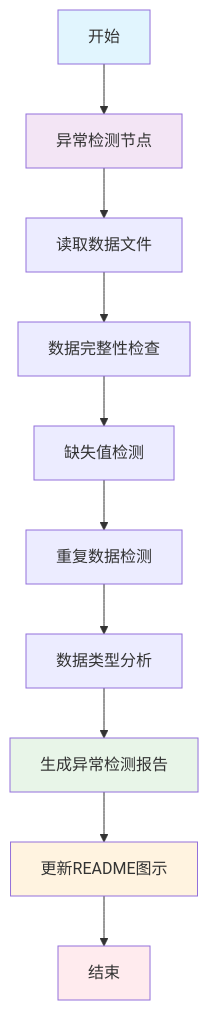
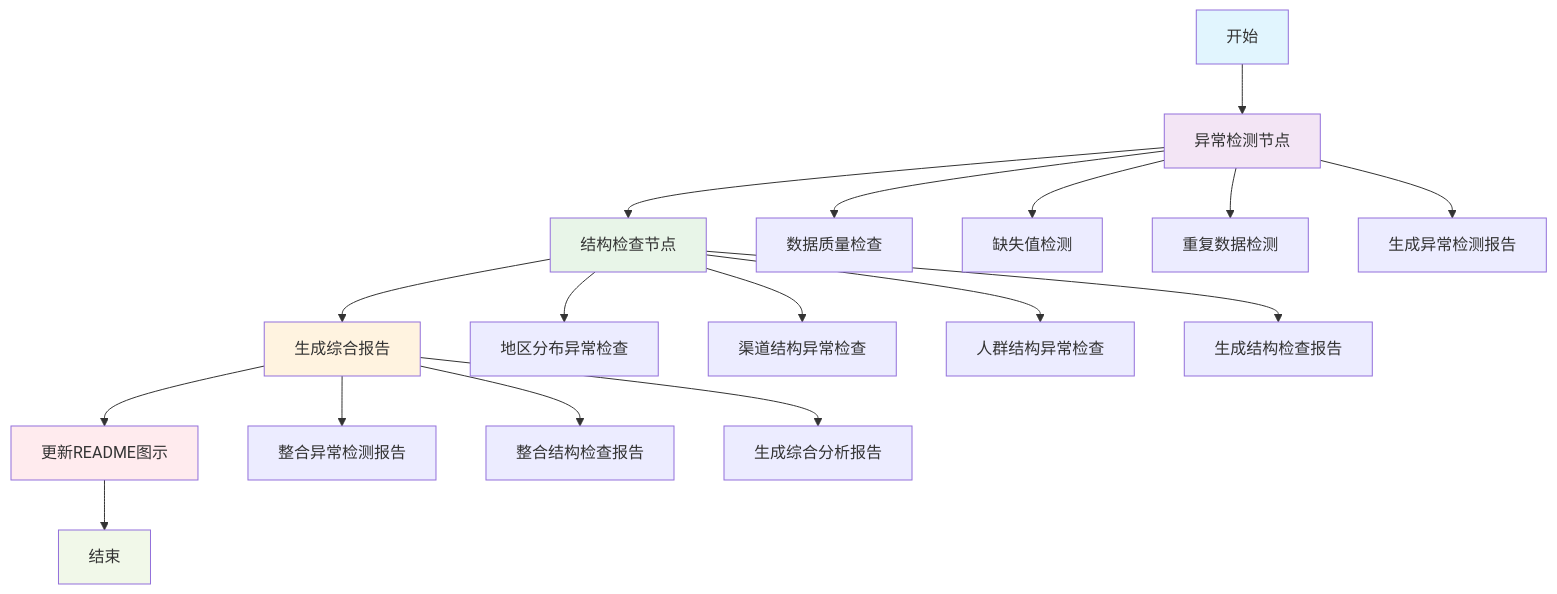
The diagram in README.md (zhangzihaoDT/workflow), drawn with Mermaid before and after one commit. The commit also changed other lines of this file and 5 other files, not shown here.

````diff
--- a/README.md
+++ b/README.md
@@ -5,18 +5,29 @@
 ```mermaid
 flowchart TD
     A[开始] --> B[异常检测节点]
-    B --> C[读取数据文件]
-    C --> D[数据完整性检查]
-    D --> E[缺失值检测]
-    E --> F[重复数据检测]
-    F --> G[数据类型分析]
-    G --> H[生成异常检测报告]
-    H --> I[更新README图示]
-    I --> J[结束]
+    B --> C[结构检查节点]
+    C --> D[生成综合报告]
+    D --> E[更新README图示]
+    E --> F[结束]
+    
+    B --> B1[数据质量检查]
+    B --> B2[缺失值检测]
+    B --> B3[重复数据检测]
+    B --> B4[生成异常检测报告]
+    
+    C --> C1[地区分布异常检查]
+    C --> C2[渠道结构异常检查]
+    C --> C3[人群结构异常检查]
+    C --> C4[生成结构检查报告]
+    
+    D --> D1[整合异常检测报告]
+    D --> D2[整合结构检查报告]
+    D --> D3[生成综合分析报告]
     
     style A fill:#e1f5fe
     style B fill:#f3e5f5
-    style H fill:#e8f5e8
-    style I fill:#fff3e0
-    style J fill:#ffebee
+    style C fill:#e8f5e8
+    style D fill:#fff3e0
+    style E fill:#ffebee
+    style F fill:#f1f8e9
 ```
````
